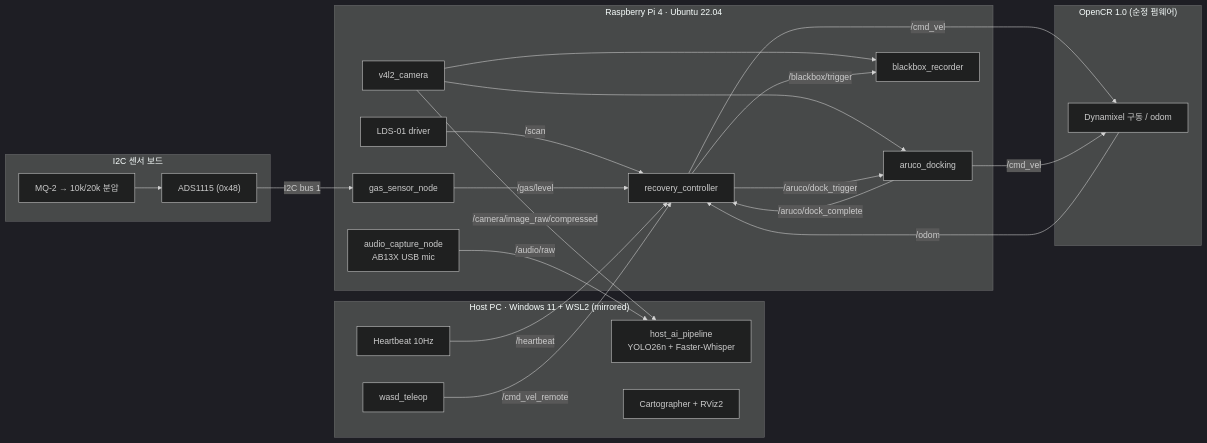
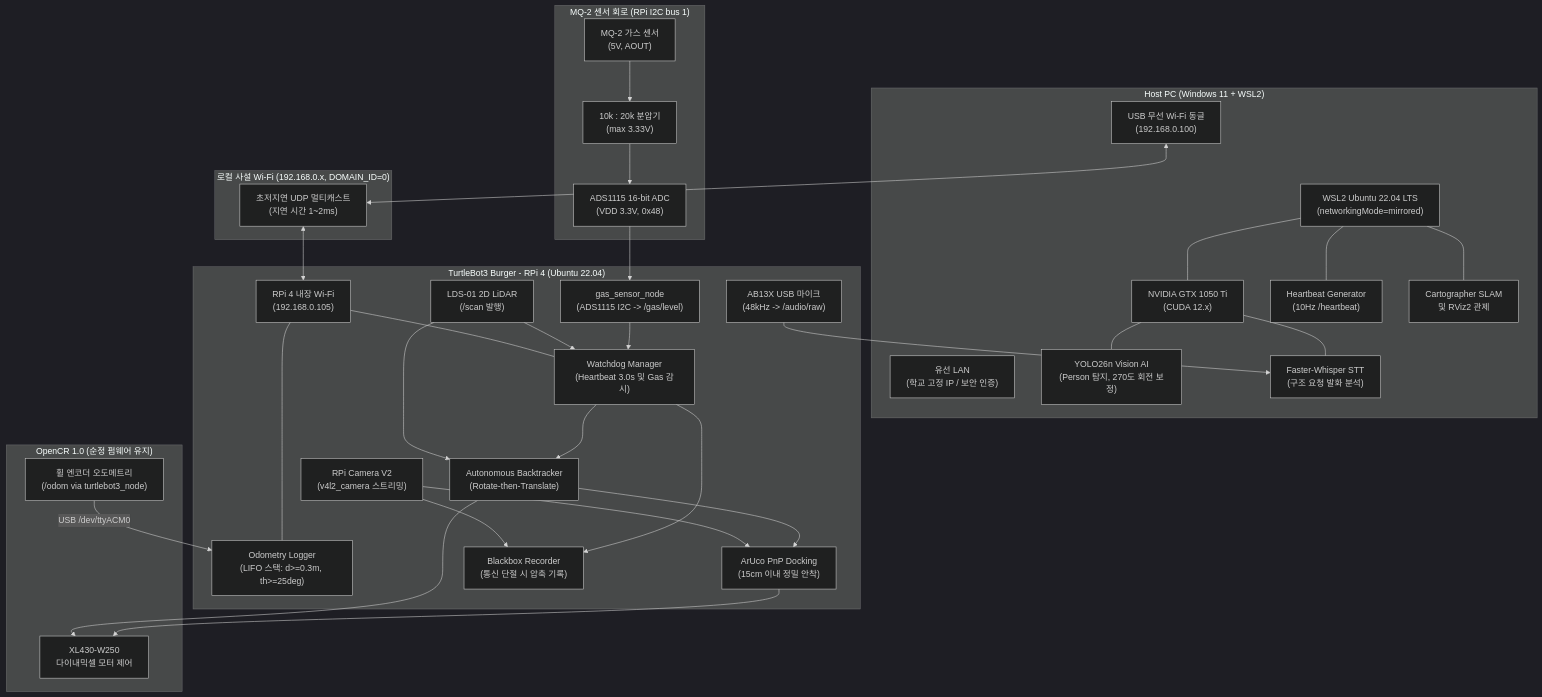
Before and after one commit to rjw136-lab/disaster_recovery_ws: the first of 2 diagrams in docs/DISASTER_RECOVERY_GUIDEBOOK.md, drawn with Mermaid (dark theme). The commit also changed other lines of this file and 1 other file, not shown here.

Commit message:
docs: fix GFM backtick math escaping, table pipes, and mobile flowchart in guidebook

````diff
--- a/docs/DISASTER_RECOVERY_GUIDEBOOK.md
+++ b/docs/DISASTER_RECOVERY_GUIDEBOOK.md
@@ -41,45 +41,65 @@
 ```mermaid
-flowchart LR
-    subgraph HOST["Host PC · Windows 11 + WSL2 (mirrored)"]
-        HB["Heartbeat 10Hz"]
-        TELEOP["wasd_teleop"]
-        AI["host_ai_pipeline<br/>YOLO26n + Faster-Whisper"]
-        SLAM["Cartographer + RViz2"]
+flowchart TD
+    subgraph Host_PC ["Host PC (Windows 11 + WSL2)"]
+        NIC1["유선 LAN<br/>(학교 고정 IP / 보안 인증)"]
+        NIC2["USB 무선 Wi-Fi 동글<br/>(192.168.0.100)"]
+        WSL["WSL2 Ubuntu 22.04 LTS<br/>(networkingMode=mirrored)"]
+        GPU["NVIDIA GTX 1050 Ti<br/>(CUDA 12.x)"]
+        AI1["YOLO26n Vision AI<br/>(Person 탐지, 270도 회전 보정)"]
+        AI2["Faster-Whisper STT<br/>(구조 요청 발화 분석)"]
+        HB["Heartbeat Generator<br/>(10Hz /heartbeat)"]
+        SLAM["Cartographer SLAM<br/>및 RViz2 관제"]
     end
 
-    subgraph RPI["Raspberry Pi 4 · Ubuntu 22.04"]
-        RC["recovery_controller"]
-        AD["aruco_docking"]
-        BB["blackbox_recorder"]
-        GB["gas_sensor_node"]
-        CAM["v4l2_camera"]
-        MIC["audio_capture_node<br/>AB13X USB mic"]
-        LDS["LDS-01 driver"]
+    subgraph Network ["로컬 사설 Wi-Fi (192.168.0.x, DOMAIN_ID=0)"]
+        UDP["초저지연 UDP 멀티캐스트<br/>(지연 시간 1~2ms)"]
     end
 
-    subgraph SENS["I2C 센서 보드"]
-        MQ2["MQ-2 → 10k/20k 분압"]
-        ADS["ADS1115 (0x48)"]
+    subgraph Robot_RPi ["TurtleBot3 Burger - RPi 4 (Ubuntu 22.04)"]
+        WIFI_RPI["RPi 4 내장 Wi-Fi<br/>(192.168.0.105)"]
+        LDS["LDS-01 2D LiDAR<br/>(/scan 발행)"]
+        CAM["RPi Camera V2<br/>(v4l2_camera 스트리밍)"]
+        MIC["AB13X USB 마이크<br/>(48kHz -> /audio/raw)"]
+        WLOG["Odometry Logger<br/>(LIFO 스택: d>=0.3m, th>=25deg)"]
+        WDOG["Watchdog Manager<br/>(Heartbeat 3.0s 및 Gas 감시)"]
+        BTRK["Autonomous Backtracker<br/>(Rotate-then-Translate)"]
+        ARUCO["ArUco PnP Docking<br/>(15cm 이내 정밀 안착)"]
+        BBOX["Blackbox Recorder<br/>(통신 단절 시 압축 기록)"]
+        GAS["gas_sensor_node<br/>(ADS1115 I2C -> /gas/level)"]
     end
 
-    subgraph OCR["OpenCR 1.0 (순정 펌웨어)"]
-        MOT["Dynamixel 구동 / odom"]
+    subgraph Sensor_Board ["MQ-2 센서 회로 (RPi I2C bus 1)"]
+        MQ2["MQ-2 가스 센서<br/>(5V, AOUT)"]
+        DIV["10k : 20k 분압기<br/>(max 3.33V)"]
+        ADS["ADS1115 16-bit ADC<br/>(VDD 3.3V, 0x48)"]
     end
 
-    HB -- "/heartbeat" --> RC
-    TELEOP -- "/cmd_vel_remote" --> RC
-    CAM -- "/camera/image_raw/compressed" --> AI
-    MIC -- "/audio/raw" --> AI
-    CAM --> AD
-    CAM --> BB
-    LDS -- "/scan" --> RC
-    MOT -- "/odom" --> RC
-    MQ2 --> ADS
-    ADS -- "I2C bus 1" --> GB
-    GB -- "/gas/level" --> RC
-    RC -- "/cmd_vel" --> MOT
-    AD -- "/cmd_vel" --> MOT
-    RC -- "/aruco/dock_trigger" --> AD
-    AD -- "/aruco/dock_complete" --> RC
-    RC -- "/blackbox/trigger" --> BB
+    subgraph Robot_OpenCR ["OpenCR 1.0 (순정 펌웨어 유지)"]
+        DYNAMIXEL["XL430-W250<br/>다이내믹셀 모터 제어"]
+        ENC["휠 엔코더 오도메트리<br/>(/odom via turtlebot3_node)"]
+    end
+
+    NIC2 <--> UDP
+    UDP <--> WIFI_RPI
+    WSL --- GPU
+    GPU --- AI1
+    GPU --- AI2
+    WSL --- HB
+    WSL --- SLAM
+
+    WIFI_RPI --- WLOG
+    WIFI_RPI --- WDOG
+    LDS --> WDOG
+    LDS --> BTRK
+    CAM --> ARUCO
+    CAM --> BBOX
+    MIC --> AI2
+    WDOG --> BTRK
+    BTRK --> ARUCO
+    WDOG --> BBOX
+
+    MQ2 --> DIV --> ADS --> GAS --> WDOG
+    ENC -- "USB /dev/ttyACM0" --> WLOG
+    BTRK --> DYNAMIXEL
+    ARUCO --> DYNAMIXEL
 ```
````
